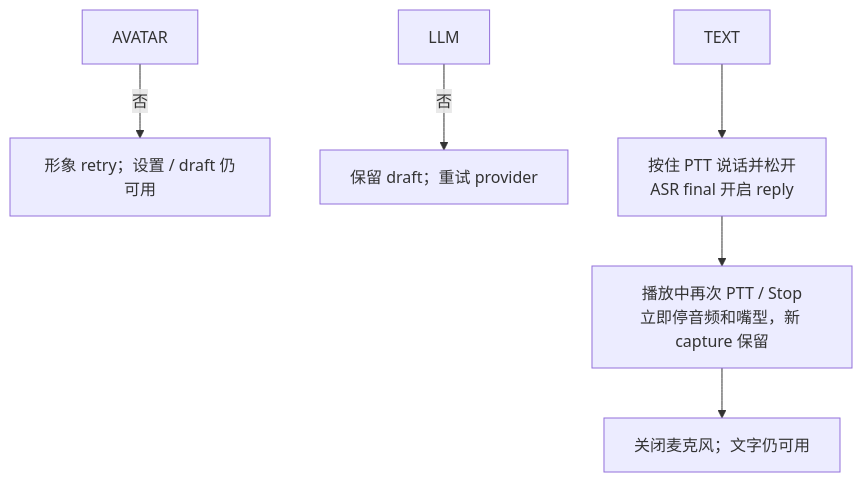
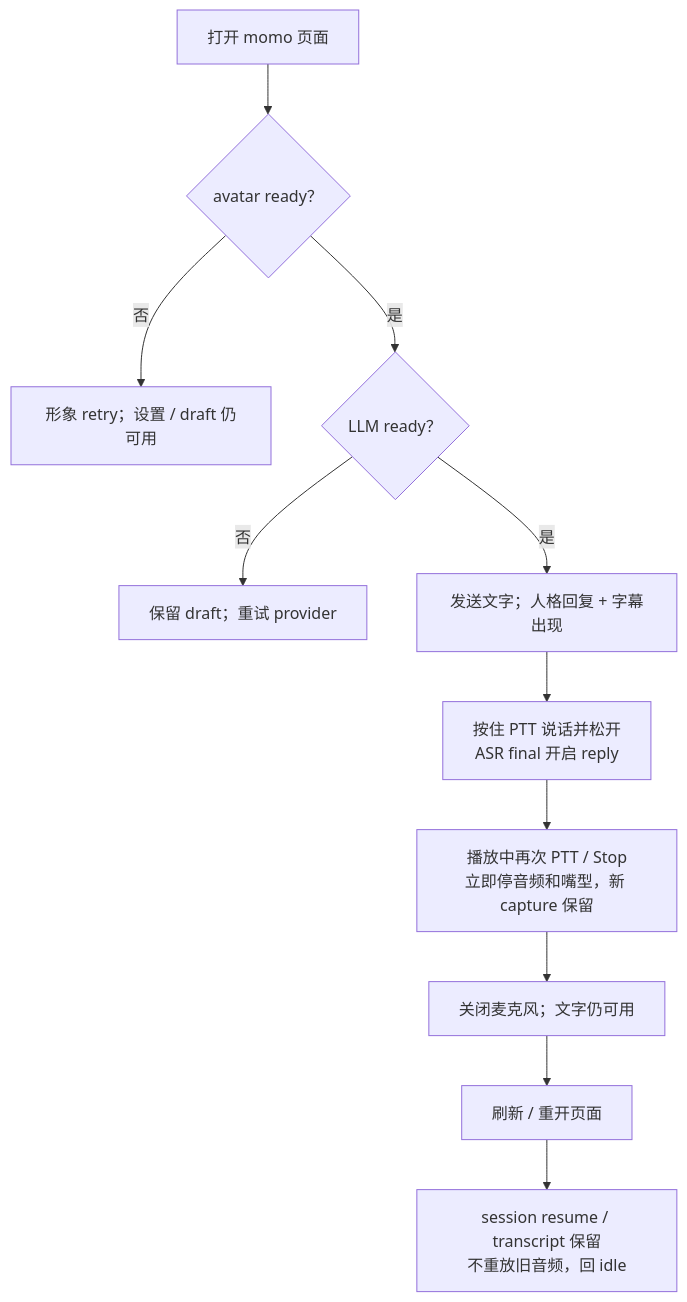
One commit to Momoyeyu/momo changed the diagram in docs/03-features/pipeline.md. Above: the diagram before and after it, drawn with Mermaid. The commit also changed other lines of this file and 15 other files, not shown here.

````diff
--- a/docs/03-features/pipeline.md
+++ b/docs/03-features/pipeline.md
@@ -14,8 +24,13 @@
 ```mermaid
 flowchart TD
+    START["打开 momo 页面"] --> AVATAR{"avatar ready？"}
     AVATAR -->|"否"| RETRY["形象 retry；设置 / draft 仍可用"]
+    AVATAR -->|"是"| LLM{"LLM ready？"}
     LLM -->|"否"| DRAFT["保留 draft；重试 provider"]
+    LLM -->|"是"| TEXT["发送文字；人格回复 + 字幕出现"]
     TEXT --> VOICE["按住 PTT 说话并松开<br/>ASR final 开启 reply"]
     VOICE --> INTERRUPT["播放中再次 PTT / Stop<br/>立即停音频和嘴型，新 capture 保留"]
     INTERRUPT --> MUTE["关闭麦克风；文字仍可用"]
+    MUTE --> RESTART["刷新 / 重开页面"]
+    RESTART --> VERIFY["session resume / transcript 保留<br/>不重放旧音频，回 idle"]
 ```
````
